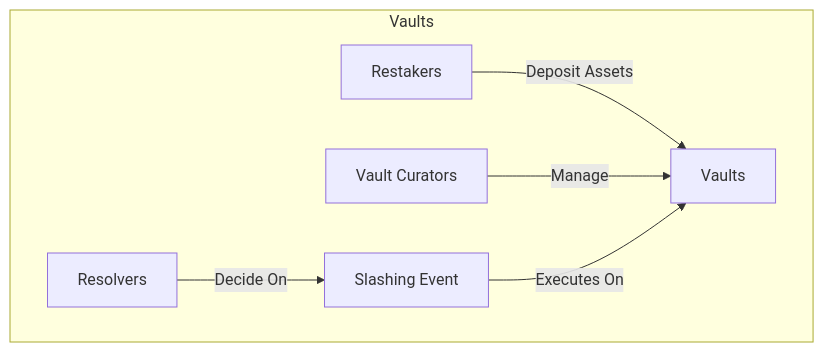
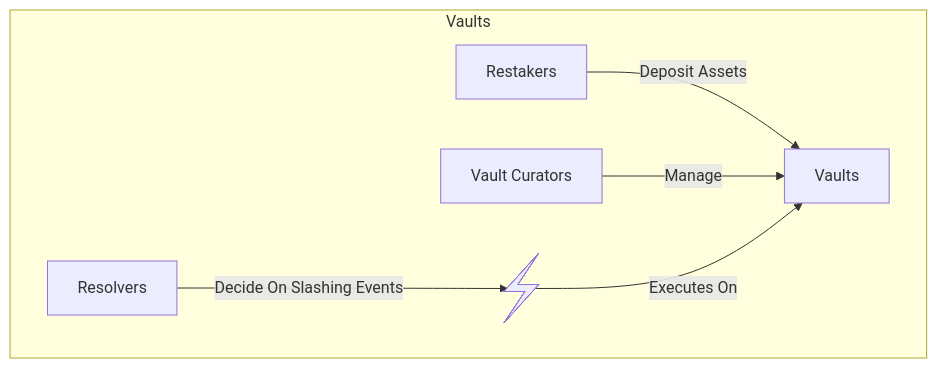
One commit to moondance-labs/tanssi-docs changed the first of 4 diagrams in learn/tanssi/external-security-providers/symbiotic.md. Above: the diagram before and after it, drawn with Mermaid.

Commit message:
Slashing events

````diff
--- a/learn/tanssi/external-security-providers/symbiotic.md
+++ b/learn/tanssi/external-security-providers/symbiotic.md
@@ -24,15 +24,15 @@
     ```mermaid
     flowchart TD
 
         subgraph Vaults
             vaults["Vaults"] 
             restakers["Restakers"]
             curators["Vault Curators"]
             resolvers["Resolvers"]
             restakers -- Deposit Assets --> vaults
             curators -- Manage --> vaults
-            slash["Slashing Event"]
-            resolvers -- Decide On --> slash
+            slash@{ shape: bolt, label: "Communication link" }
+            resolvers -- Decide On Slashing Events --> slash
             slash -- Executes On --> vaults
         end
     ```
````
